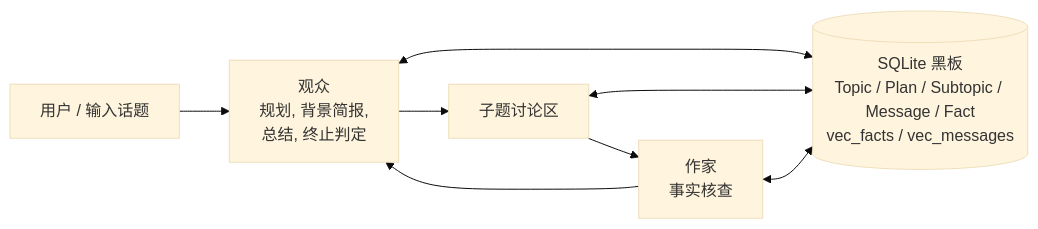
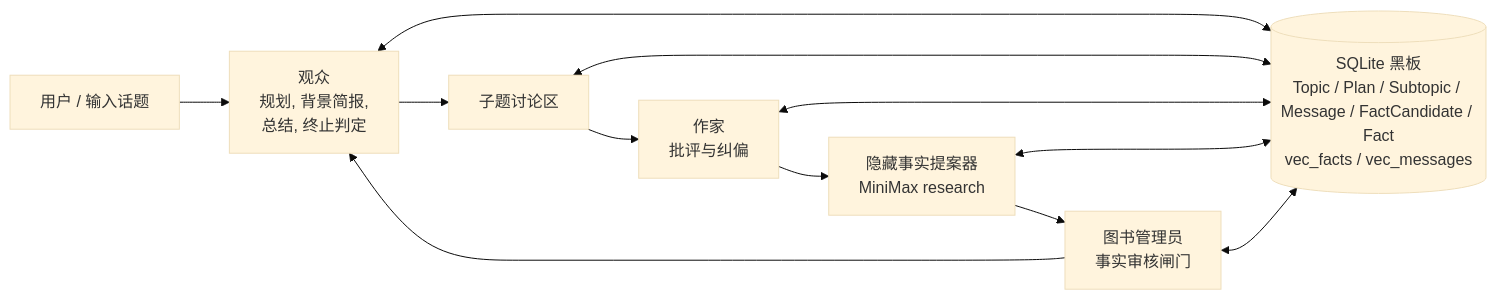
Before and after one commit to G-R-O-X/Grox_chat: the first of 2 diagrams in README_CN.md, drawn with Mermaid (base theme). The commit also changed other lines of this file and 3 other files, not shown here.

````diff
--- a/README_CN.md
+++ b/README_CN.md
@@ -30,13 +36,17 @@
 ```mermaid
 flowchart LR
     User[用户 / 输入话题] --> Audience[观众<br/>规划, 背景简报,<br/>总结, 终止判定]
     Audience --> Arena[子题讨论区]
-    Arena --> Writer[作家<br/>事实核查]
-    Writer --> Audience
+    Arena --> Writer[作家<br/>批评与纠偏]
+    Writer --> Proposer[隐藏事实提案器<br/>MiniMax research]
+    Proposer --> Librarian[图书管理员<br/>事实审核闸门]
+    Librarian --> Audience
 
-    Memory[(SQLite 黑板<br/>Topic / Plan / Subtopic / Message / Fact<br/>vec_facts / vec_messages)]
+    Memory[(SQLite 黑板<br/>Topic / Plan / Subtopic / Message / FactCandidate / Fact<br/>vec_facts / vec_messages)]
 
     Audience <--> Memory
     Arena <--> Memory
     Writer <--> Memory
+    Proposer <--> Memory
+    Librarian <--> Memory
 ```
````
